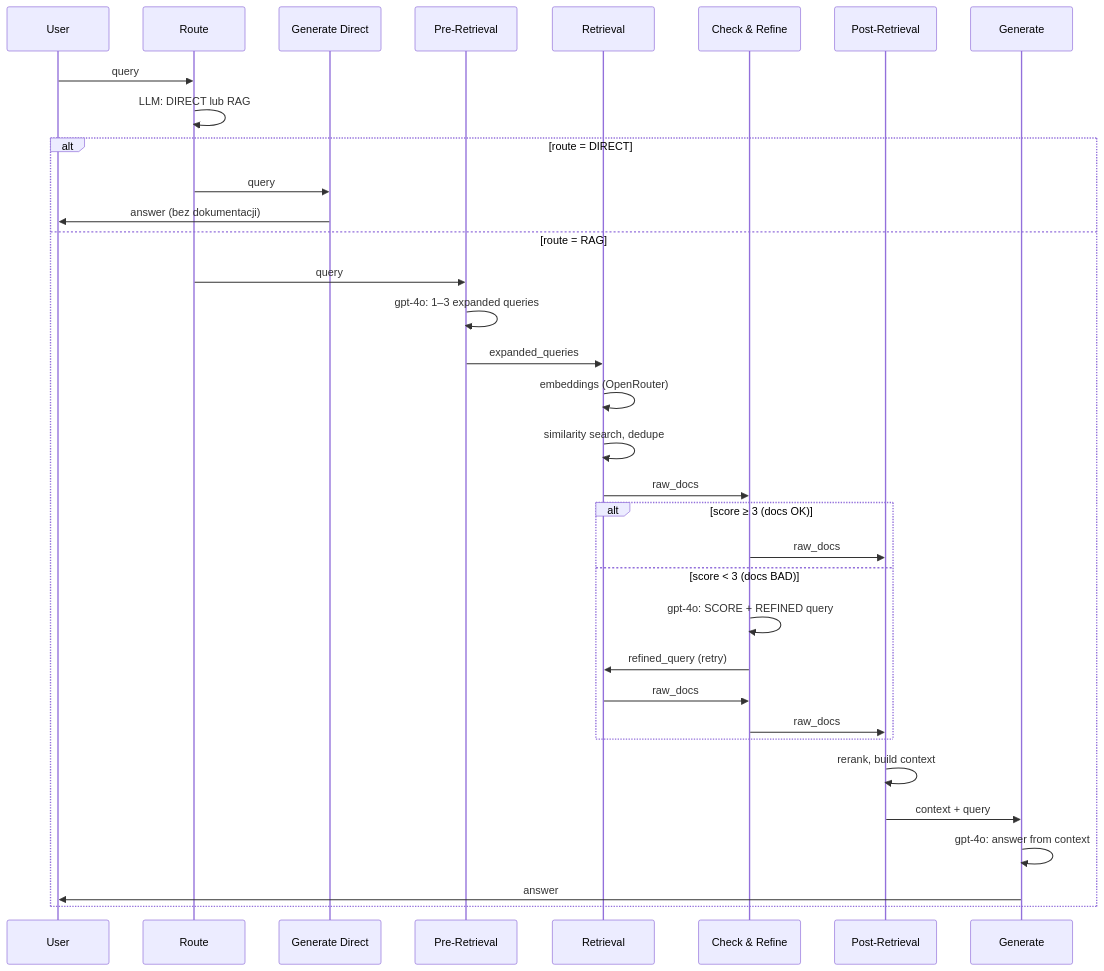
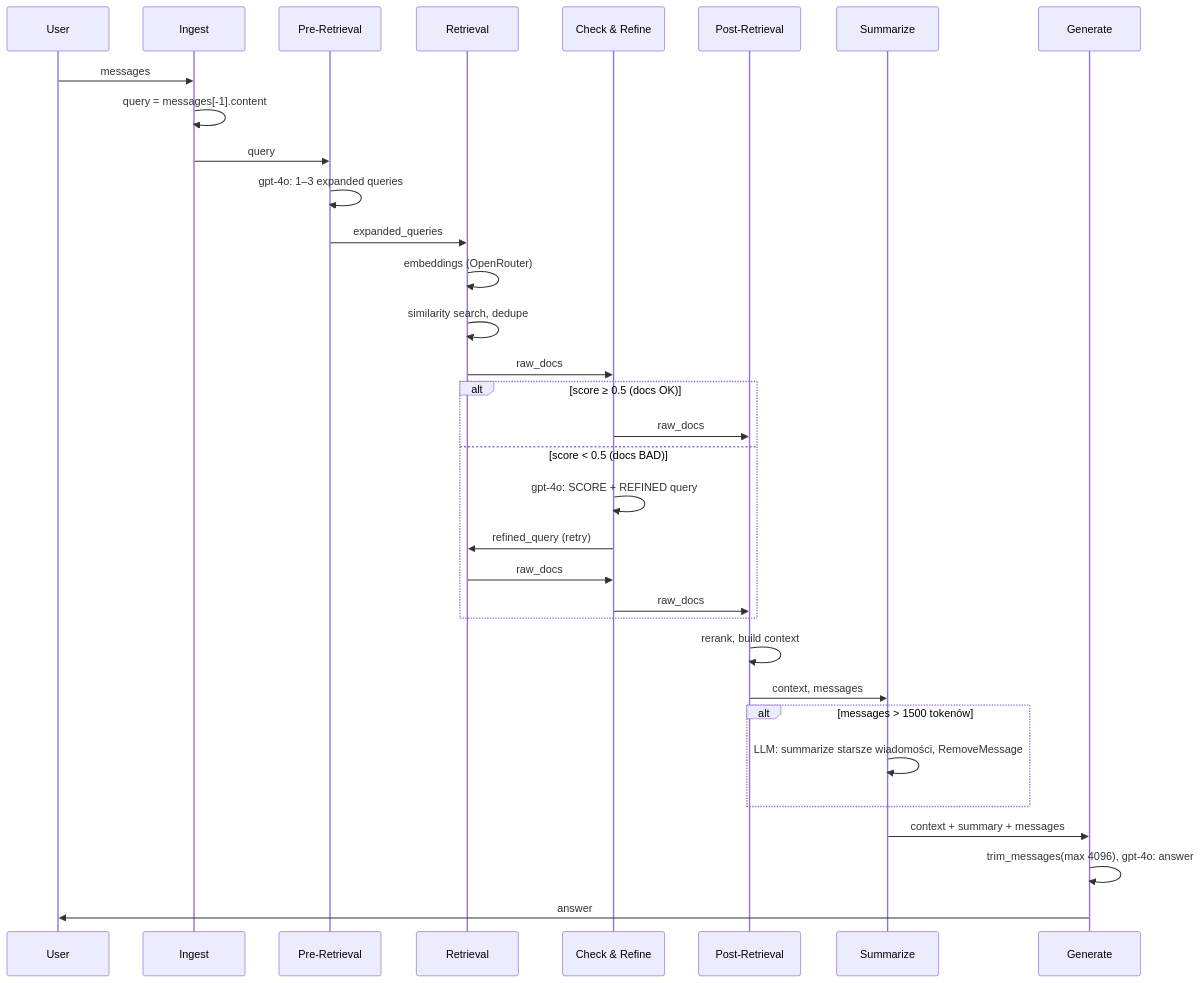
Before and after one commit to dobroslawamarkowska-private/hybrid-rag-ai-programming: the second of 2 diagrams in docs/ADVANCED_RAG.md, drawn with Mermaid. The commit also changed other lines of this file and 2 other files, not shown here.

First line of the commit message:
docs: update README and ADVANCED_RAG for multi-turn, summarize_conversation; add unit tests

````diff
--- a/docs/ADVANCED_RAG.md
+++ b/docs/ADVANCED_RAG.md
@@ -79,41 +72,39 @@
 ```mermaid
 sequenceDiagram
     participant U as User
-    participant ROUTE as Route
-    participant DIRECT as Generate Direct
+    participant INGEST as Ingest
     participant PR as Pre-Retrieval
     participant R as Retrieval
     participant CR as Check & Refine
     participant POST as Post-Retrieval
+    participant SUM as Summarize
     participant GEN as Generate
 
-    U->>ROUTE: query
-    ROUTE->>ROUTE: LLM: DIRECT lub RAG
+    U->>INGEST: messages
+    INGEST->>INGEST: query = messages[-1].content
+    INGEST->>PR: query
+    PR->>PR: gpt-4o: 1–3 expanded queries
+    PR->>R: expanded_queries
 
-    alt route = DIRECT
-        ROUTE->>DIRECT: query
-        DIRECT->>U: answer (bez dokumentacji)
-    else route = RAG
-        ROUTE->>PR: query
-        PR->>PR: gpt-4o: 1–3 expanded queries
-        PR->>R: expanded_queries
+    R->>R: embeddings (OpenRouter)
+    R->>R: similarity search, dedupe
+    R->>CR: raw_docs
 
-        R->>R: embeddings (OpenRouter)
-        R->>R: similarity search, dedupe
+    alt score ≥ 0.5 (docs OK)
+        CR->>POST: raw_docs
+    else score < 0.5 (docs BAD)
+        CR->>CR: gpt-4o: SCORE + REFINED query
+        CR->>R: refined_query (retry)
         R->>CR: raw_docs
+        CR->>POST: raw_docs
+    end
 
-        alt score ≥ 3 (docs OK)
-            CR->>POST: raw_docs
-        else score < 3 (docs BAD)
-            CR->>CR: gpt-4o: SCORE + REFINED query
-            CR->>R: refined_query (retry)
-            R->>CR: raw_docs
-            CR->>POST: raw_docs
-        end
-
-        POST->>POST: rerank, build context
-        POST->>GEN: context + query
-        GEN->>GEN: gpt-4o: answer from context
-        GEN->>U: answer
+    POST->>POST: rerank, build context
+    POST->>SUM: context, messages
+    alt messages > 1500 tokenów
+        SUM->>SUM: LLM: summarize starsze wiadomości, RemoveMessage
     end
+    SUM->>GEN: context + summary + messages
+    GEN->>GEN: trim_messages(max 4096), gpt-4o: answer
+    GEN->>U: answer
 ```
````
